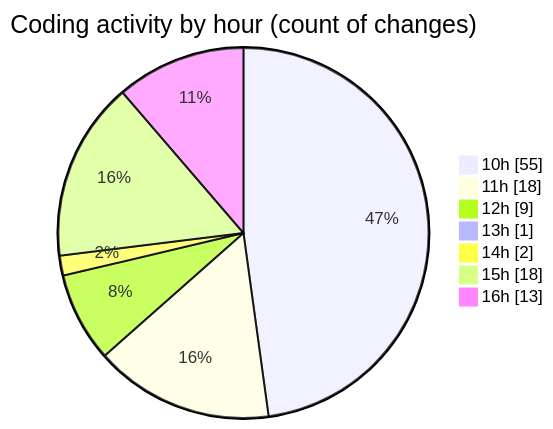
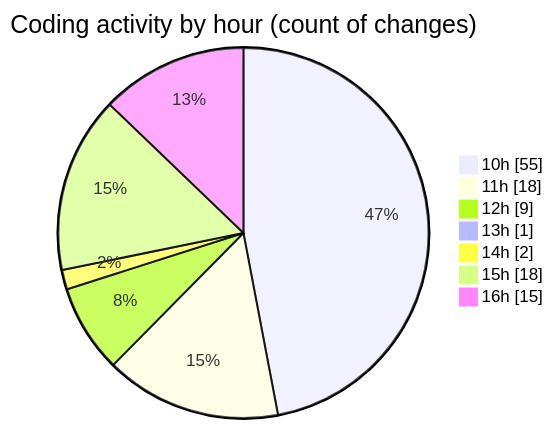
Before and after one commit to nxtqubesakshisongat/code-tracking: the second of 2 diagrams in 2026-03-06/nxtqube_webapp/README.md, drawn with Mermaid. The commit also changed other lines of this file and 1 other file, not shown here.

````diff
--- a/2026-03-06/nxtqube_webapp/README.md
+++ b/2026-03-06/nxtqube_webapp/README.md
@@ -38,11 +38,11 @@
 ```mermaid
 pie showData
 title Coding activity by hour (count of changes)
 "10h" : 55
 "11h" : 18
 "12h" : 9
 "13h" : 1
 "14h" : 2
 "15h" : 18
-"16h" : 13
+"16h" : 15
 ```
````
